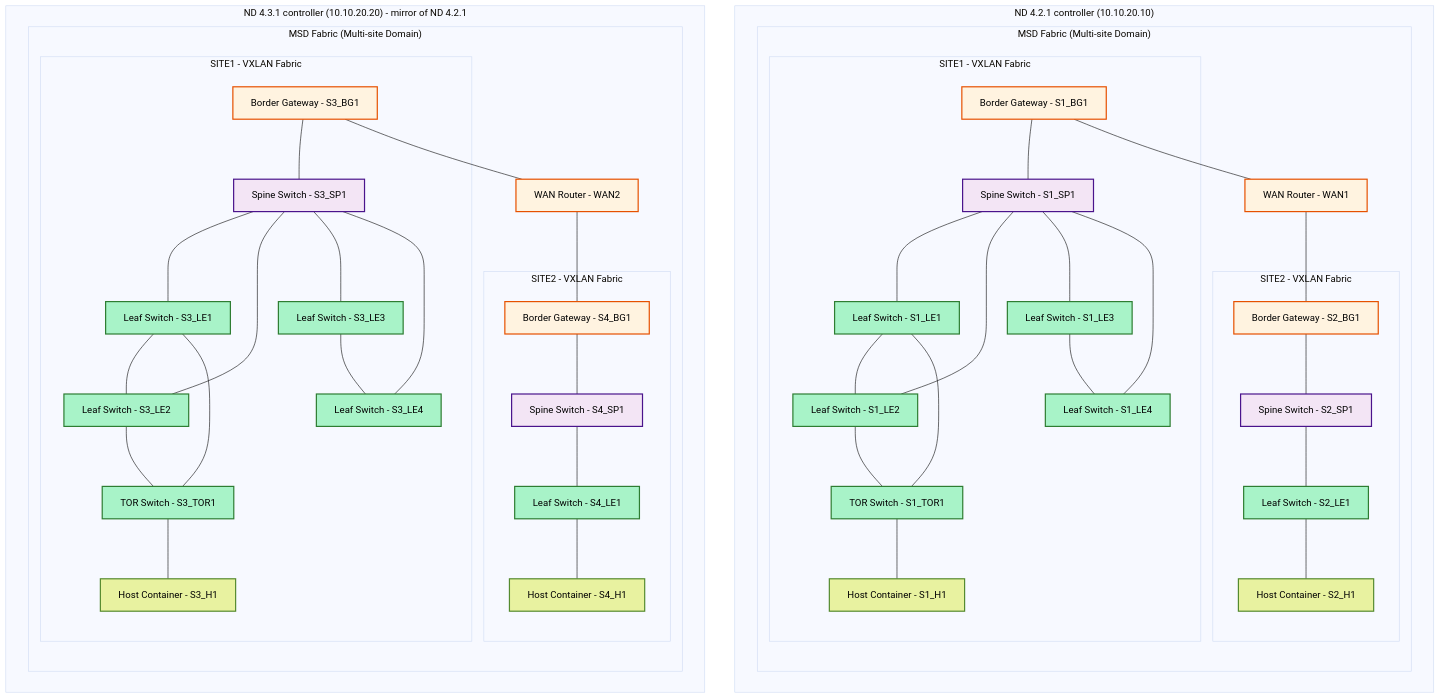
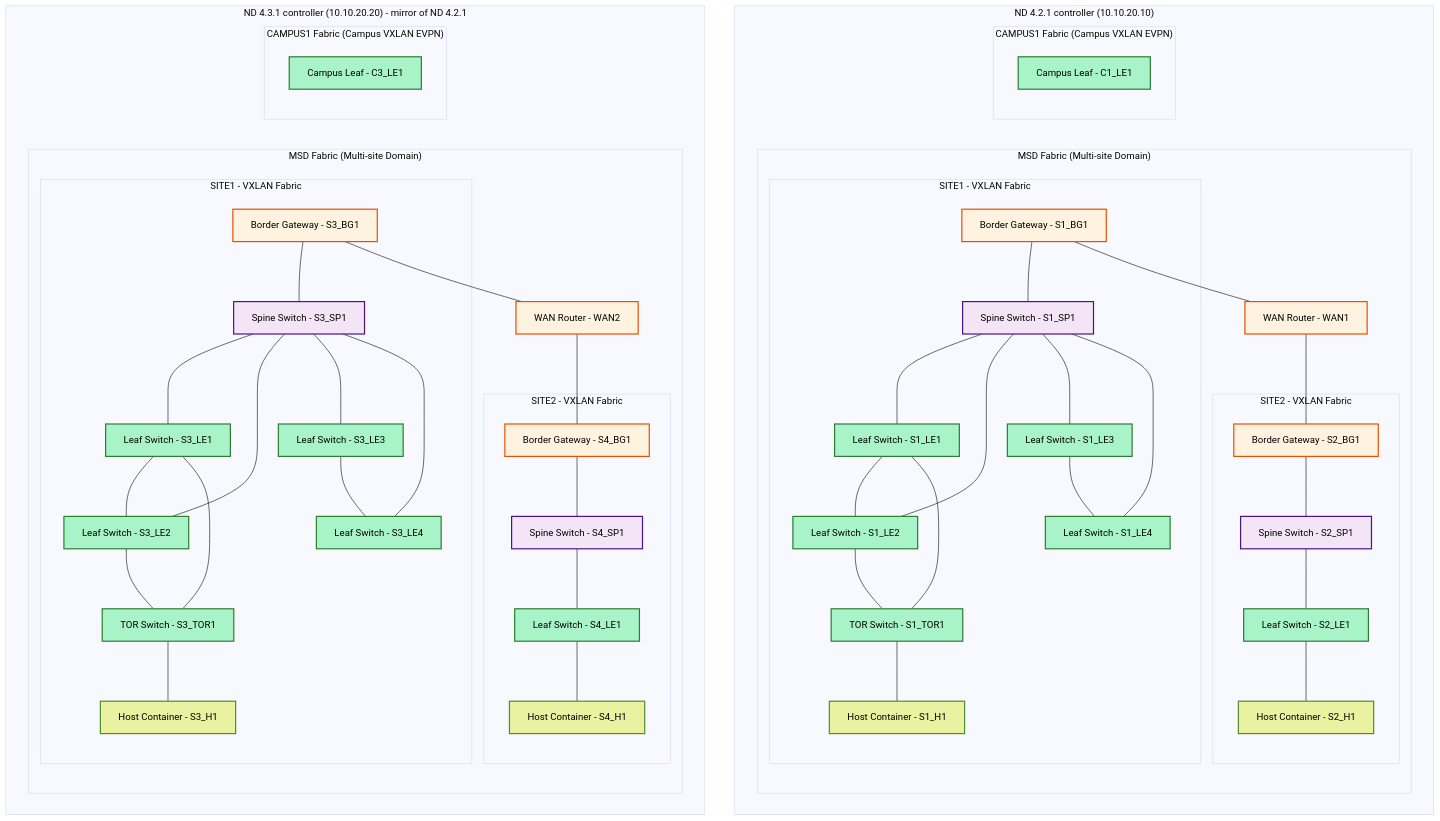
The diagram in README.md (allenrobel/n9kv-kvm), drawn with Mermaid (base theme) before and after one commit. The commit also changed other lines of this file and 3 other files, not shown here.

First line of the commit message:
inventory/env/docs: C1_LE1 and C3_LE1 campus leaves, CAMPUS1 fabric

````diff
--- a/README.md
+++ b/README.md
@@ -278,6 +280,9 @@
             %% ISN: BG -- WAN -- BG
             S1_BG1 --- WAN1
             WAN1 --- S2_BG1
+        end
+        subgraph CAMPUS1_421["CAMPUS1 Fabric (Campus VXLAN EVPN)"]
+            C1_LE1[Campus Leaf - C1_LE1]
         end
     end
 
@@ -324,6 +329,9 @@
             S3_BG1 --- WAN2
             WAN2 --- S4_BG1
         end
+        subgraph CAMPUS1_431["CAMPUS1 Fabric (Campus VXLAN EVPN)"]
+            C3_LE1[Campus Leaf - C3_LE1]
+        end
     end
 
     %% Styling
@@ -336,6 +344,6 @@
 
     class S1_BG1,S2_BG1,S3_BG1,S4_BG1,WAN1,WAN2 borderGateway
     class S1_SP1,S2_SP1,S3_SP1,S4_SP1 spine
-    class S1_LE1,S1_LE2,S1_LE3,S1_LE4,S1_TOR1,S2_LE1,S3_LE1,S3_LE2,S3_LE3,S3_LE4,S3_TOR1,S4_LE1 leaf
+    class S1_LE1,S1_LE2,S1_LE3,S1_LE4,S1_TOR1,S2_LE1,S3_LE1,S3_LE2,S3_LE3,S3_LE4,S3_TOR1,S4_LE1,C1_LE1,C3_LE1 leaf
     class S1_H1,S2_H1,S3_H1,S4_H1 host
 ```
````
